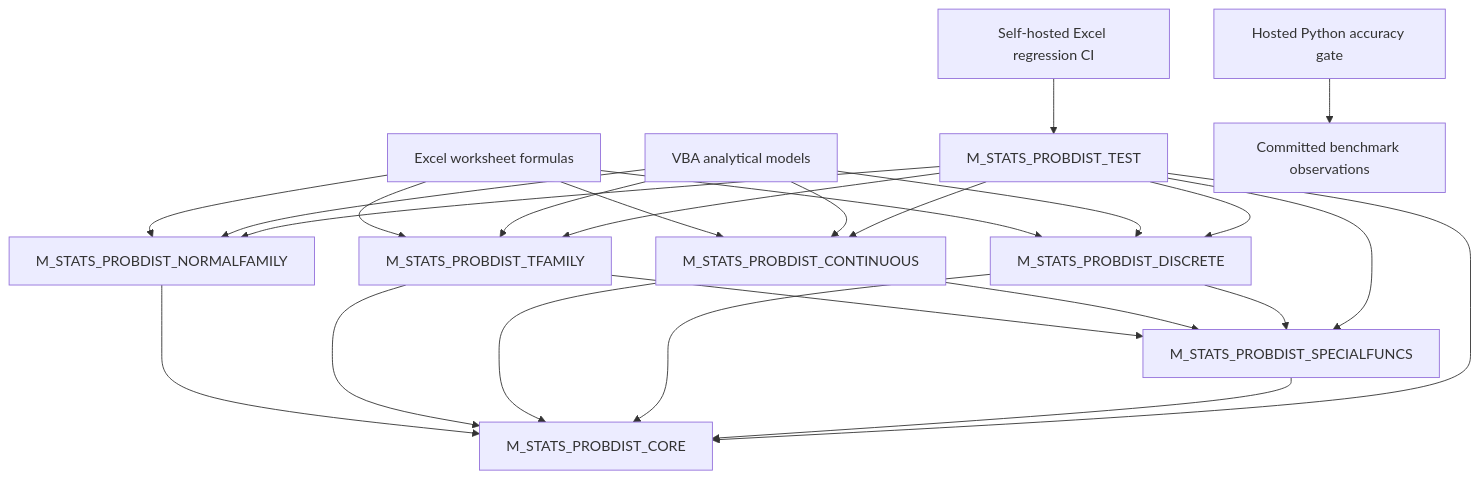
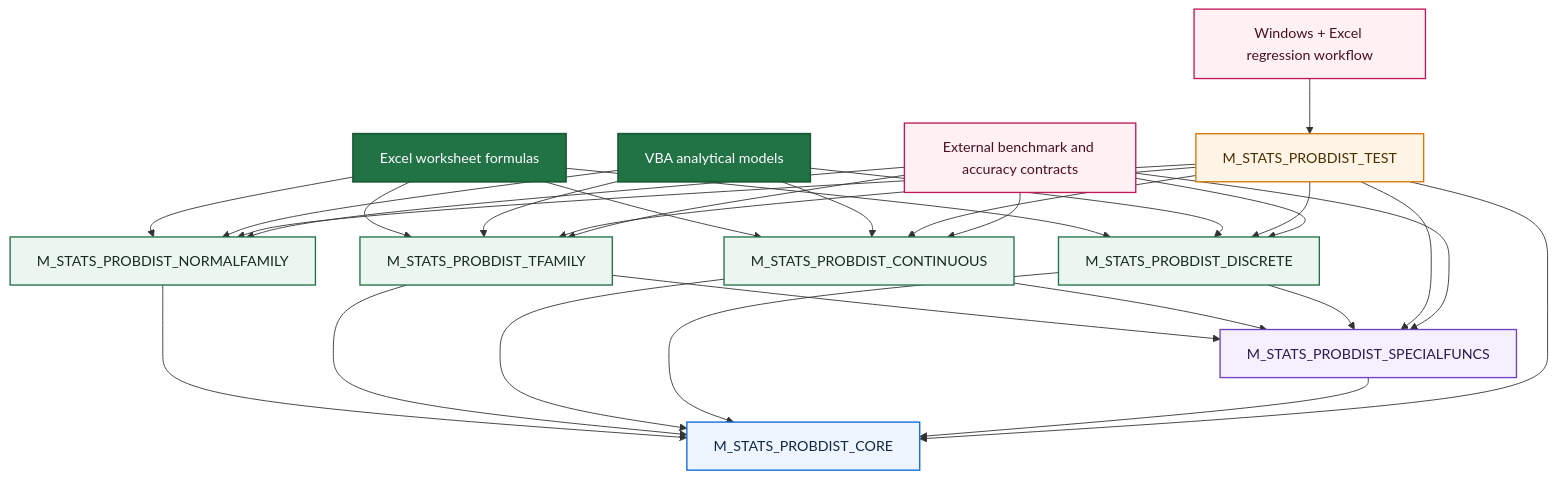
Before and after one commit to danielep71/VBA-PROBABILITY-DISTRIBUTIONS: the diagram in README.md, drawn with Mermaid. The commit also changed other lines of this file and 1 other file, not shown here.

````diff
--- a/README.md
+++ b/README.md
@@ -278,47 +500,57 @@
 ```mermaid
 flowchart TD
-    WS[Excel worksheet formulas]
-    VBA[VBA analytical models]
+    classDef entry fill:#217346,color:#ffffff,stroke:#185c37,stroke-width:2px
+    classDef family fill:#eaf6ef,color:#172b1f,stroke:#217346,stroke-width:1.5px
+    classDef kernel fill:#f5efff,color:#2d1b4e,stroke:#6f42c1,stroke-width:1.5px
+    classDef core fill:#eef5ff,color:#102a43,stroke:#0969da,stroke-width:1.5px
+    classDef test fill:#fff4e5,color:#4b2e00,stroke:#d97706,stroke-width:1.5px
+    classDef assurance fill:#fff0f3,color:#4a1020,stroke:#c2185b,stroke-width:1.5px
 
-    NF[M_STATS_PROBDIST_NORMALFAMILY]
-    TF[M_STATS_PROBDIST_TFAMILY]
-    CT[M_STATS_PROBDIST_CONTINUOUS]
-    DS[M_STATS_PROBDIST_DISCRETE]
+    WS[Excel worksheet formulas]:::entry
+    VBA[VBA analytical models]:::entry
 
-    SF[M_STATS_PROBDIST_SPECIALFUNCS]
-    CORE[M_STATS_PROBDIST_CORE]
-    TEST[M_STATS_PROBDIST_TEST]
+    NF[M_STATS_PROBDIST_NORMALFAMILY]:::family
+    TF[M_STATS_PROBDIST_TFAMILY]:::family
+    CT[M_STATS_PROBDIST_CONTINUOUS]:::family
+    DS[M_STATS_PROBDIST_DISCRETE]:::family
 
-    EXCELCI[Self-hosted Excel regression CI]
-    ACC[Hosted Python accuracy gate]
-    GRID[Committed benchmark observations]
+    SF[M_STATS_PROBDIST_SPECIALFUNCS]:::kernel
+    CORE[M_STATS_PROBDIST_CORE]:::core
+    TEST[M_STATS_PROBDIST_TEST]:::test
+
+    CI[Windows + Excel regression workflow]:::assurance
+    BENCH[External benchmark and accuracy contracts]:::assurance
 
     WS --> NF
     WS --> TF
     WS --> CT
     WS --> DS
 
     VBA --> NF
     VBA --> TF
     VBA --> CT
     VBA --> DS
 
     NF --> CORE
     TF --> SF
     TF --> CORE
     CT --> SF
     CT --> CORE
     DS --> SF
     DS --> CORE
     SF --> CORE
 
     TEST --> CORE
     TEST --> SF
     TEST --> NF
     TEST --> TF
     TEST --> CT
     TEST --> DS
 
-    EXCELCI --> TEST
-    ACC --> GRID
+    CI --> TEST
+    BENCH --> NF
+    BENCH --> TF
+    BENCH --> CT
+    BENCH --> DS
+    BENCH --> SF
 ```
````
